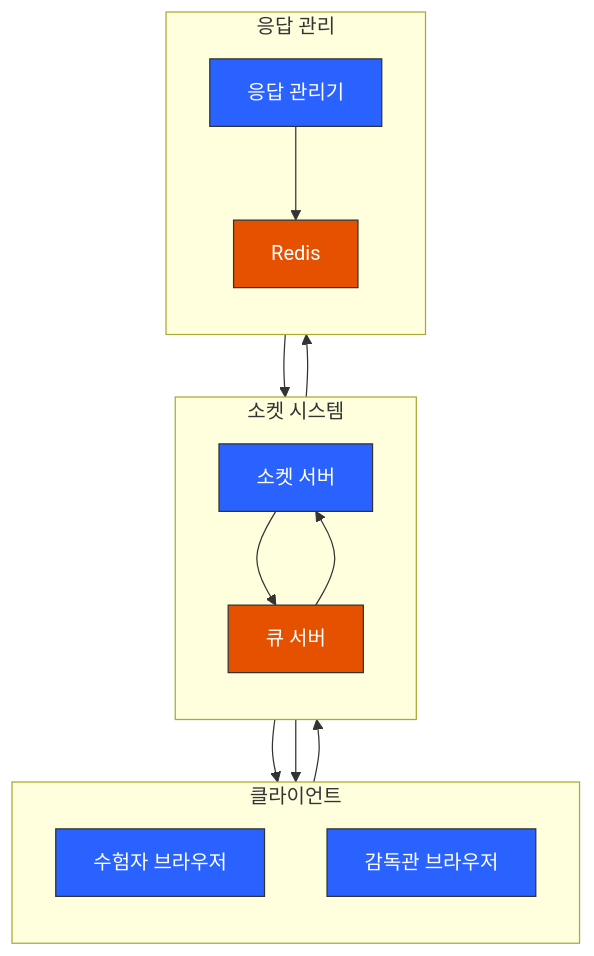
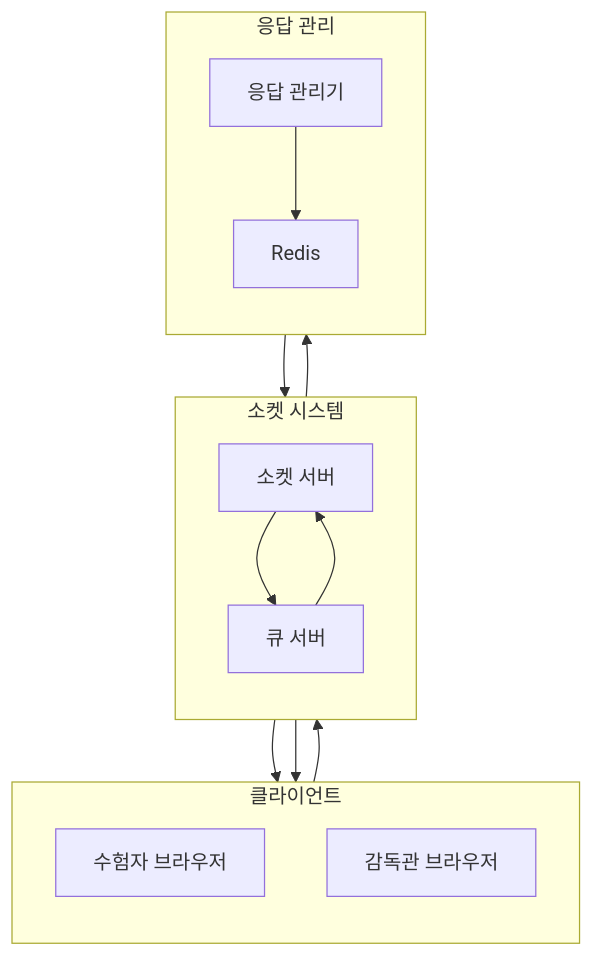
One commit to ldmrepo/exam-arch changed the first of 2 diagrams in 시나리오/06 답안 제출 프로세스 시나리오.md. Above: the diagram before and after it, drawn with Mermaid. The commit also changed 7 other files, not shown here.

Commit message:
상태 처리 다이어그램에서 스타일 제거 및 시퀀스 다이어그램 추가

````diff
--- a/시나리오/06 답안 제출 프로세스 시나리오.md
+++ b/시나리오/06 답안 제출 프로세스 시나리오.md
@@ -3,42 +3,36 @@
 ```mermaid
 flowchart TB
     subgraph Clients["클라이언트"]
         direction TB
         CB["수험자 브라우저"]
         SB["감독관 브라우저"]
     end
 
     subgraph SocketSystem["소켓 시스템"]
         direction TB
         SS["소켓 서버"]
         QS["큐 서버"]
     end
 
     subgraph ResponseManagement["응답 관리"]
         direction TB
         RM["응답 관리기"]
         RD["Redis"]
     end
 
     %% 답안 제출 흐름
     CB --> SS
     SS --> QS
 
     %% 응답 처리 흐름
     QS --> RM
     RM --> RD
 
     %% 상태 변경 알림 흐름
     RM --> QS
     QS --> SS
     SS --> CB
     SS --> SB
 
-    style CB fill:#2962ff,stroke:#333,color:#fff
-    style SB fill:#2962ff,stroke:#333,color:#fff
-    style SS fill:#2962ff,stroke:#333,color:#fff
-    style QS fill:#e65100,stroke:#333,color:#fff
-    style RM fill:#2962ff,stroke:#333,color:#fff
-    style RD fill:#e65100,stroke:#333,color:#fff
 
 ```
````
